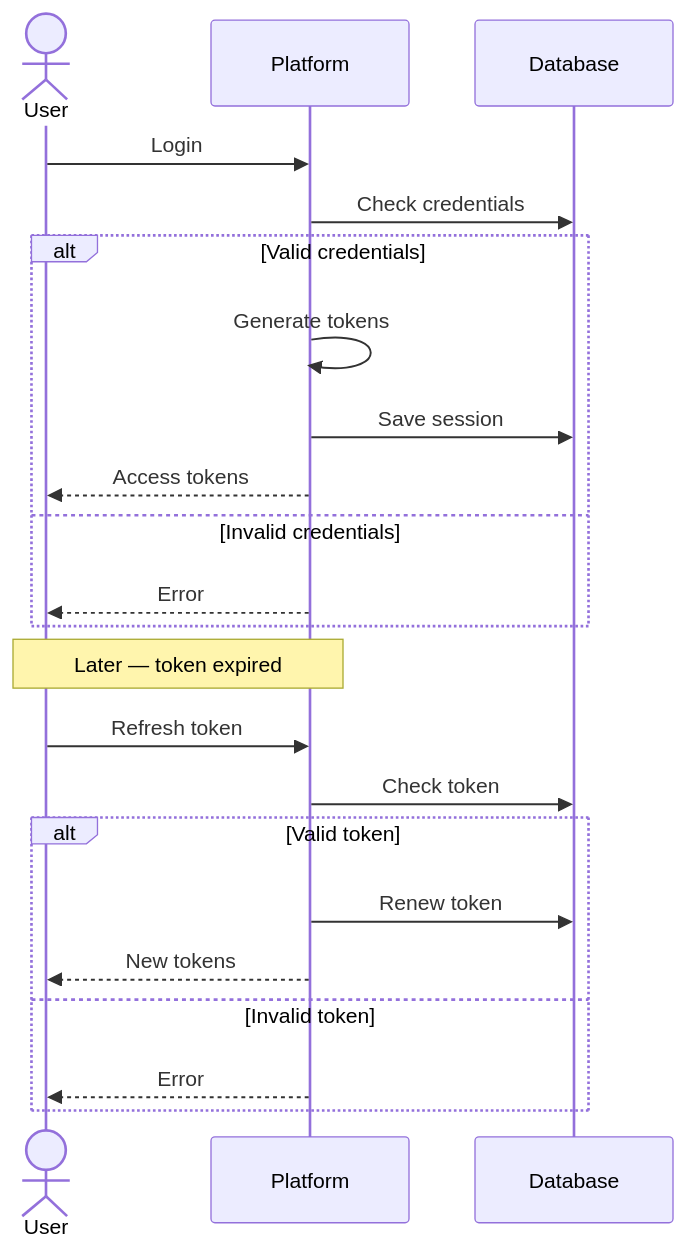
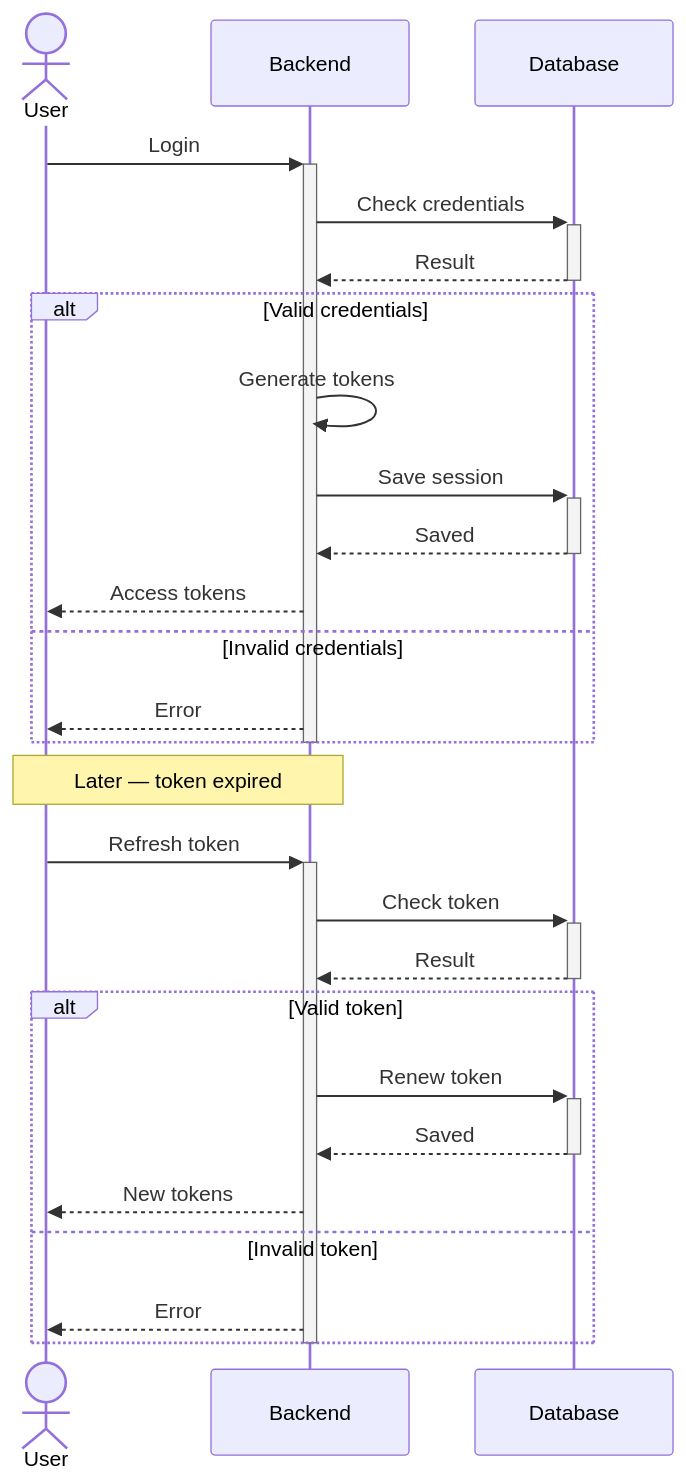
The second of 16 diagrams in docs/SEQUENCE_DIAGRAMS.md (MohamedChebbi123/teamnest), drawn with Mermaid before and after one commit. The commit also changed other lines of this file, not shown here.

````diff
--- a/docs/SEQUENCE_DIAGRAMS.md
+++ b/docs/SEQUENCE_DIAGRAMS.md
@@ -65,27 +70,33 @@
 ```mermaid
 sequenceDiagram
     actor User
-    participant API as Platform
+    participant API as Backend
     participant DB as Database
 
-    User->>API: Login
-    API->>DB: Check credentials
+    User->>+API: Login
+    API->>+DB: Check credentials
+    DB-->>-API: Result
     alt Valid credentials
         API->>API: Generate tokens
-        API->>DB: Save session
+        API->>+DB: Save session
+        DB-->>-API: Saved
         API-->>User: Access tokens
     else Invalid credentials
         API-->>User: Error
     end
+    deactivate API
 
     Note over User,API: Later — token expired
 
-    User->>API: Refresh token
-    API->>DB: Check token
+    User->>+API: Refresh token
+    API->>+DB: Check token
+    DB-->>-API: Result
     alt Valid token
-        API->>DB: Renew token
+        API->>+DB: Renew token
+        DB-->>-API: Saved
         API-->>User: New tokens
     else Invalid token
         API-->>User: Error
     end
+    deactivate API
 ```
````
